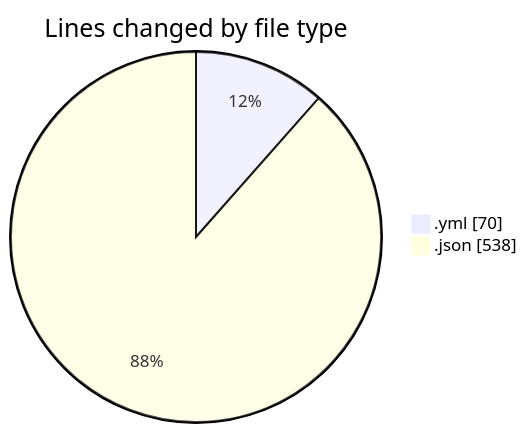
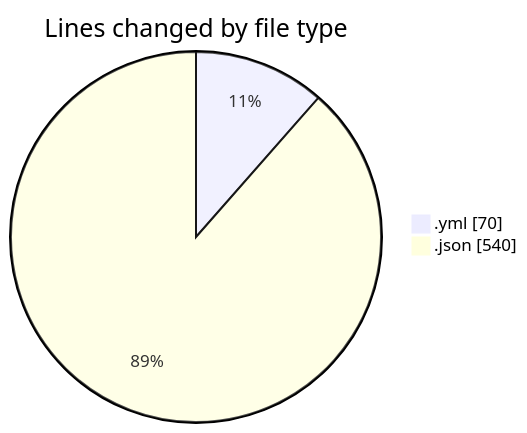
One commit to momahboobian/code-tracking changed the first of 2 diagrams in 2026-07-12/downloads/README.md. Above: the diagram before and after it, drawn with Mermaid. The commit also changed other lines of this file and 1 other file, not shown here.

````diff
--- a/2026-07-12/downloads/README.md
+++ b/2026-07-12/downloads/README.md
@@ -22,6 +22,6 @@
 ```mermaid
 pie showData
 title Lines changed by file type
 ".yml" : 70
-".json" : 538
+".json" : 540
 ```
````
